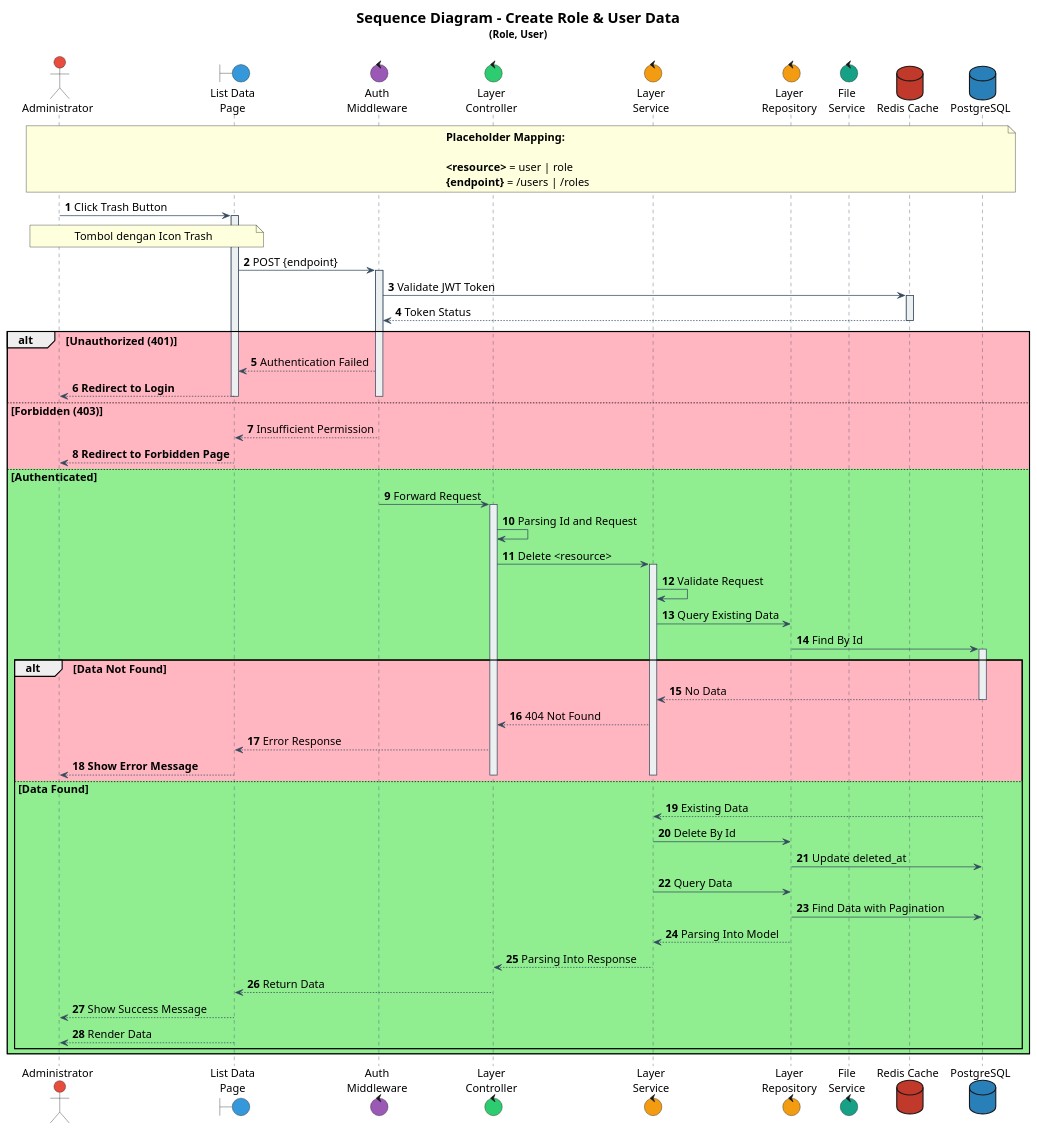
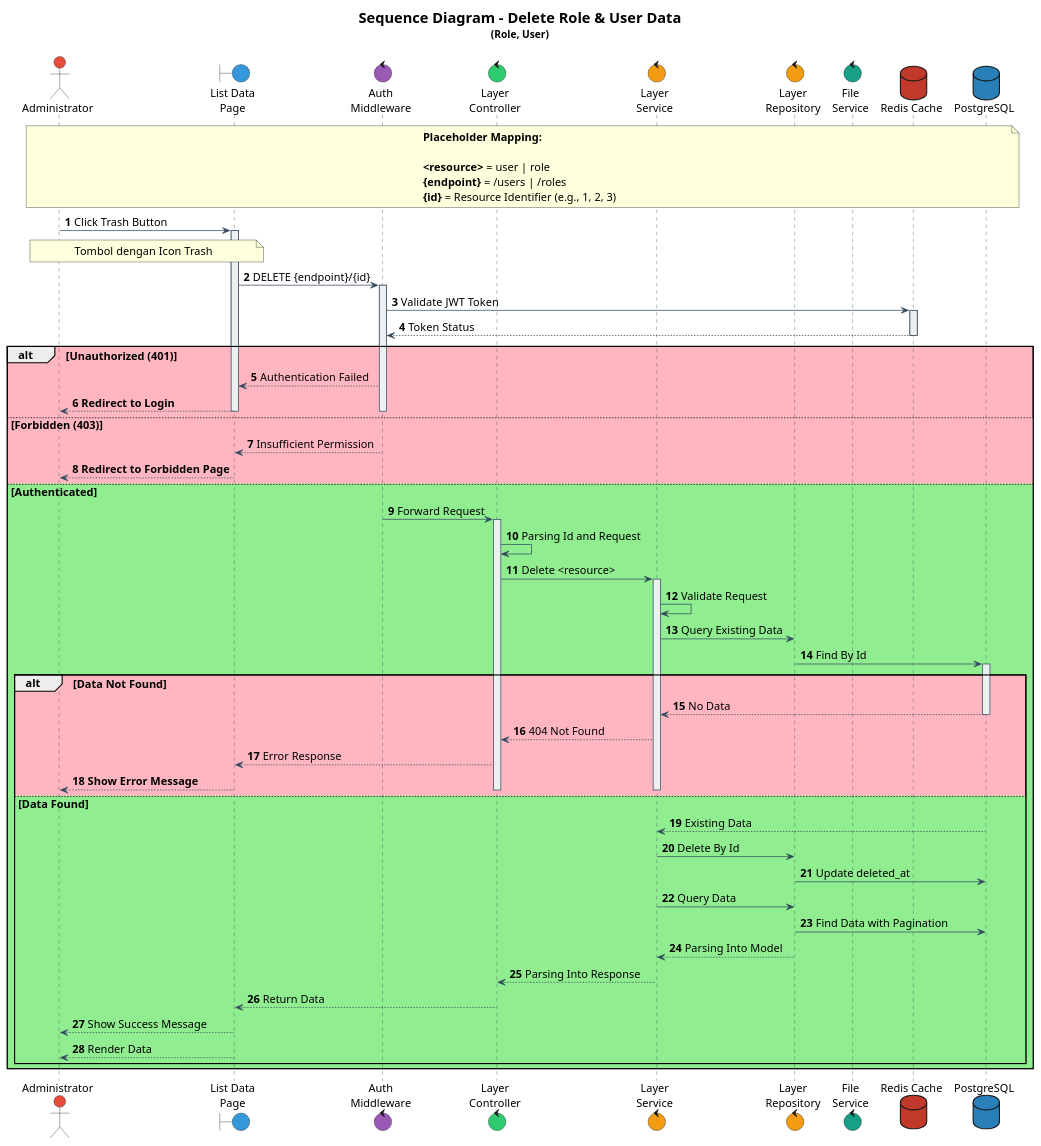
The diagram in documentation/sequence/management-user/role-user/delete.puml (IntConnect/go-intconnect-api), drawn with PlantUML before and after one commit. The commit also changed 26 other files, not shown here.

Commit message:
feat(various): Update - Delete SMTP Server feature - Add approval sequence - Add parameter in check sheet check point response - Change from checkpoint into check point entity

```diff
--- a/documentation/sequence/management-user/role-user/delete.puml
+++ b/documentation/sequence/management-user/role-user/delete.puml
@@ -1,127 +1,128 @@
 @startuml
 
 ' Font configuration
 skinparam defaultFontName Times New Roman
 skinparam defaultFontSize 15
 
 ' Participant styling
 skinparam participant {
     BackgroundColor #ECF0F1
     BorderColor #34495E
     FontColor Black
     FontName Times New Roman
     FontSize 15
 }
 
 skinparam sequence {
     ArrowColor #34495E
     LifeLineBorderColor #34495E
     LifeLineBackgroundColor #ECF0F1
     ArrowFontName Times New Roman
     ArrowFontSize 15
 }
 
 skinparam actorFontSize 15
 skinparam noteFontSize 15
 skinparam noteFontName "Times New Roman"
 
 ' Actors and components
 actor "Administrator" as admin #E74C3C
 boundary "List Data\nPage" as boundListData #3498DB
 control "Auth\nMiddleware" as authMiddleware #9B59B6
 control "Layer\nController" as controller #2ECC71
 control "Layer\nService" as service #F39C12
 control "Layer\nRepository" as repository #F39C12
 control "File\nService" as fileService #16A085
 database "Redis Cache" as dbRedis #C0392B
 database "PostgreSQL" as dbPsql #2980B9
 
 title
-<size:20><b>Sequence Diagram - Create Role & User Data</b></size>
+<size:20><b>Sequence Diagram - Delete Role & User Data</b></size>
 <size:14>(Role, User)</size>
 ----
 end title
 
 autonumber
 
 note over admin, dbPsql
     **Placeholder Mapping:**
 
     <b><resource></b> = user | role
     <b>{endpoint}</b> = /users | /roles
+    <b>{id}</b> = Resource Identifier (e.g., 1, 2, 3)
 end note
 ' === FETCH EXISTING DATA ===
 admin -> boundListData: Click Trash Button
 note over admin, boundListData
 Tombol dengan Icon Trash
 end note
 activate boundListData
 
-boundListData -> authMiddleware: POST {endpoint}
+boundListData -> authMiddleware: DELETE {endpoint}/{id}
 activate authMiddleware
 
 authMiddleware -> dbRedis: Validate JWT Token
 activate dbRedis
 dbRedis --> authMiddleware: Token Status
 deactivate dbRedis
 
 alt #LightPink Unauthorized (401)
     authMiddleware --> boundListData: Authentication Failed
     boundListData --> admin: **Redirect to Login**
     deactivate authMiddleware
     deactivate boundListData
 else #LightPink Forbidden (403)
     authMiddleware --> boundListData: Insufficient Permission
     boundListData --> admin: **Redirect to Forbidden Page**
     deactivate authMiddleware
     deactivate boundListData
 else #LightGreen Authenticated
 
     authMiddleware -> controller: Forward Request
     deactivate authMiddleware
     activate controller
 
     controller -> controller: Parsing Id and Request
     controller -> service: Delete <resource>
     activate service
 
 service -> service: Validate Request
     service -> repository: Query Existing Data
     repository -> dbPsql: Find By Id
     activate dbPsql
 
     alt #LightPink Data Not Found
         dbPsql --> service: No Data
         deactivate dbPsql
         service --> controller: 404 Not Found
         controller --> boundListData: Error Response
         boundListData --> admin: **Show Error Message**
         deactivate service
         deactivate controller
         deactivate boundListData
 
     else #LightGreen Data Found
         dbPsql --> service: Existing Data
 
 
         service -> repository: Delete By Id
         repository -> dbPsql: Update deleted_at
         service -> repository: Query Data
         repository -> dbPsql: Find Data with Pagination
         repository --> service: Parsing Into Model
         deactivate dbPsql
 
         service --> controller: Parsing Into Response
         deactivate service
 
         controller --> boundListData: Return Data
         deactivate controller
 
         boundListData --> admin: Show Success Message
         boundListData --> admin: Render Data
 
 
     end
 end
 
 @enduml
```
